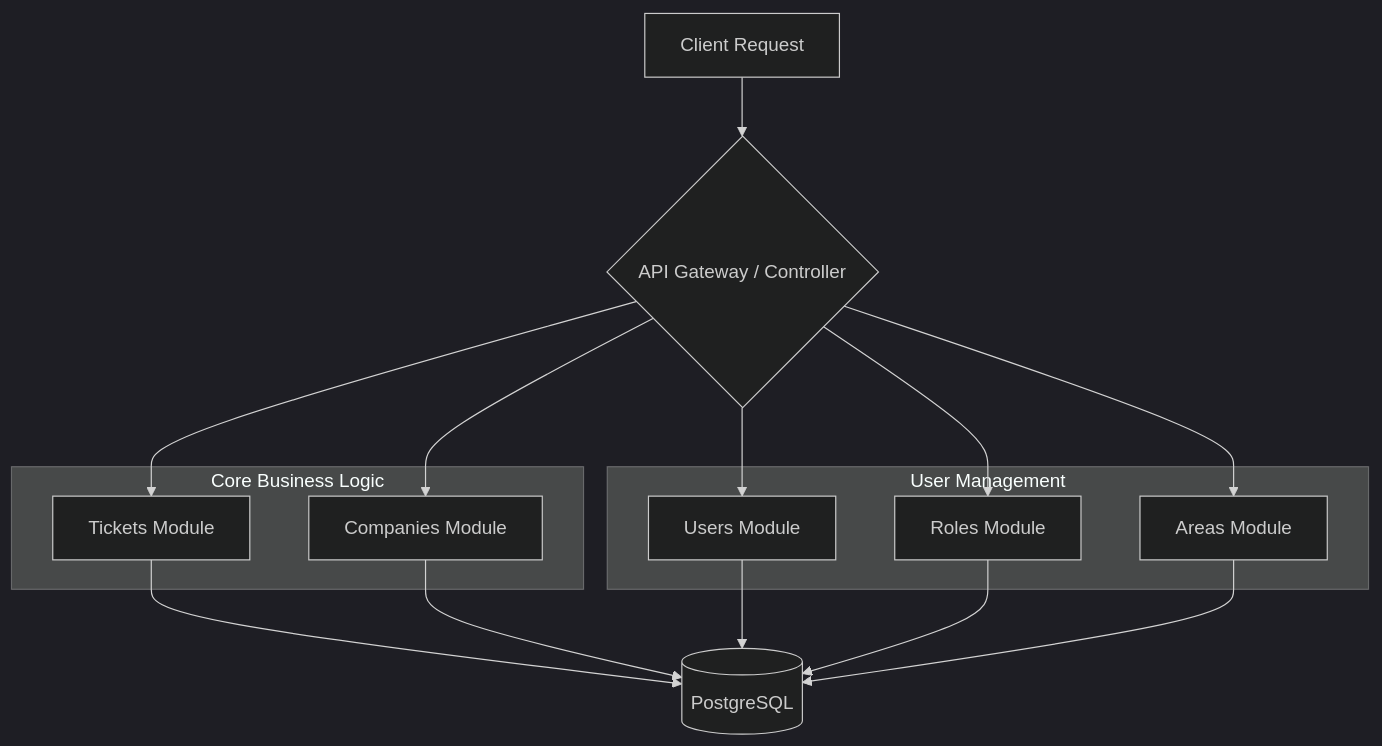
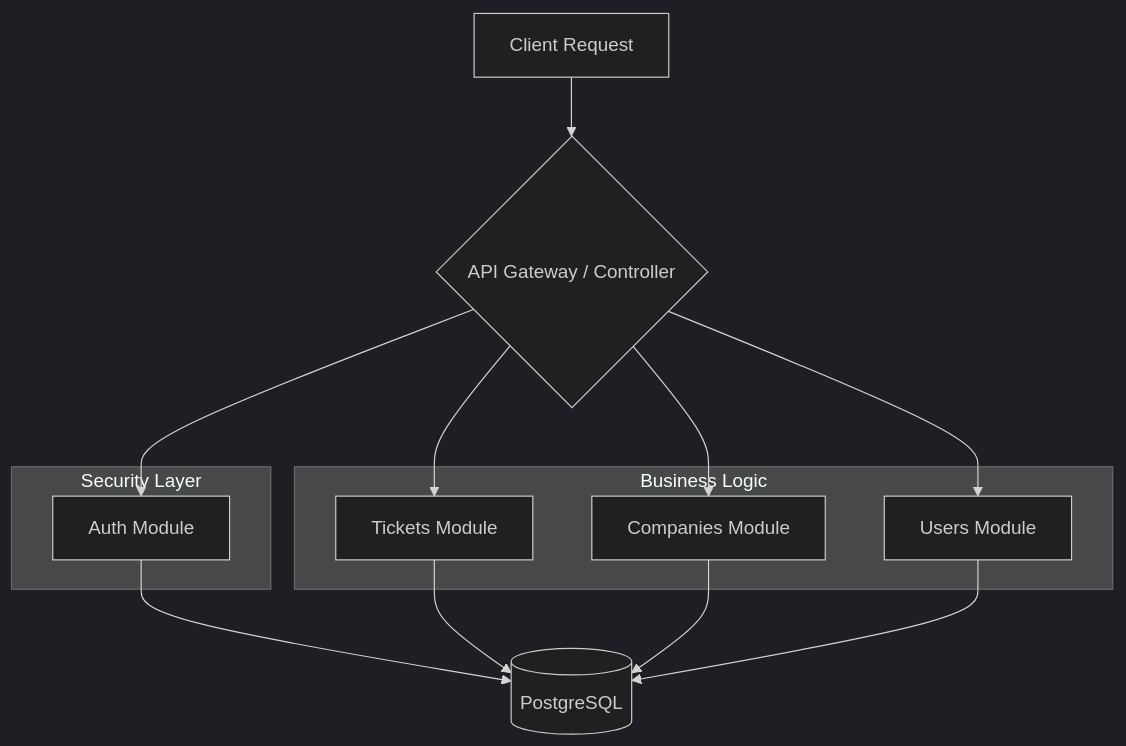
The diagram in README.md (emmottmarcelo2026-jpg/soporte-api), drawn with Mermaid (dark theme) before and after one commit. The commit also changed other lines of this file and 18 other files, not shown here.

````diff
--- a/README.md
+++ b/README.md
@@ -100,26 +163,23 @@
 ```mermaid
 graph TD
     A[Client Request] --> B{API Gateway / Controller}
-    B --> C[Tickets Module]
-    B --> D[Companies Module]
-    B --> E[Users Module]
-    B --> F[Roles Module]
-    B --> G[Areas Module]
+    B --> C[Auth Module]
+    B --> D[Tickets Module]
+    B --> E[Companies Module]
+    B --> F[Users Module]
     
-    C --> H[(PostgreSQL)]
-    D --> H
-    E --> H
-    F --> H
-    G --> H
+    C --> G[(PostgreSQL)]
+    D --> G
+    E --> G
+    F --> G
     
-    subgraph "Core Business Logic"
+    subgraph "Security Layer"
     C
-    D
     end
     
-    subgraph "User Management"
+    subgraph "Business Logic"
+    D
     E
     F
-    G
     end
 ```
````
